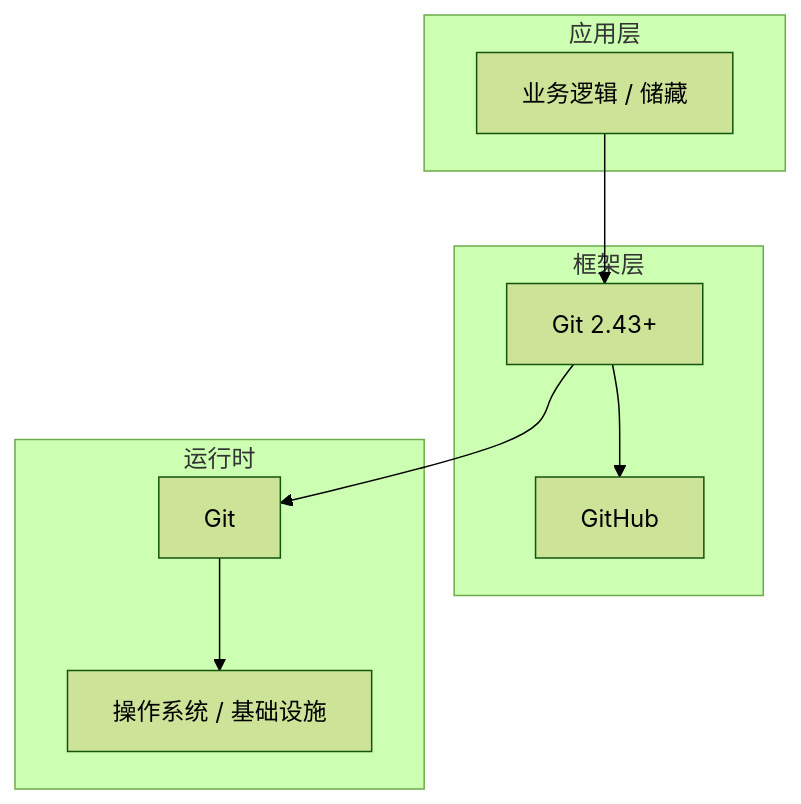
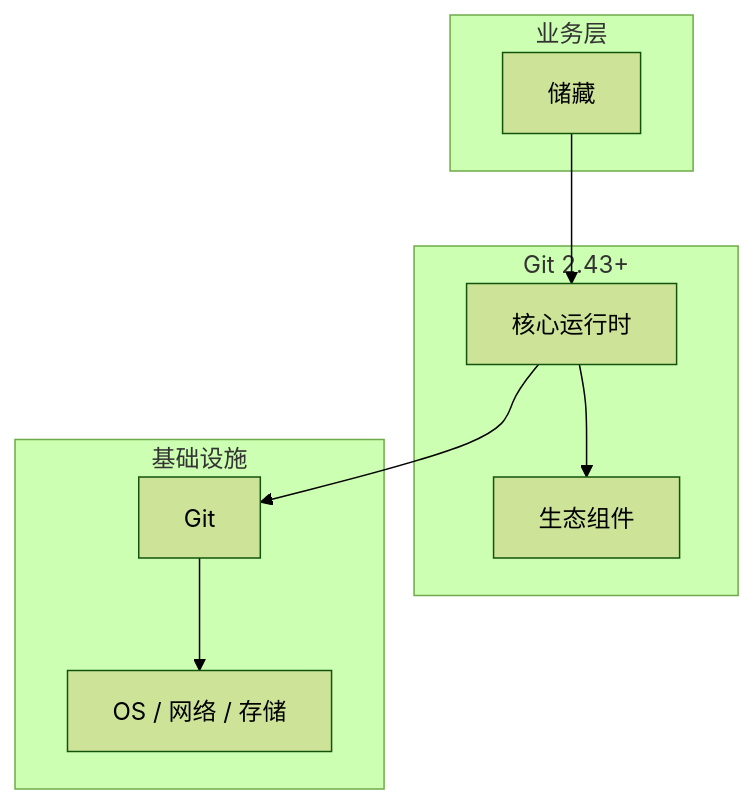
Before and after one commit to yanggan2015/knowledge-json-v2: the diagram in articles/Git版本控制/chapters/051-储藏核心概念与原理.md, drawn with Mermaid (forest theme). The commit also changed other lines of this file and 10127 other files, not shown here.

````diff
--- a/articles/Git版本控制/chapters/051-储藏核心概念与原理.md
+++ b/articles/Git版本控制/chapters/051-储藏核心概念与原理.md
@@ -45,18 +34,18 @@
 ```mermaid
 graph TB
-    subgraph 应用层
-        A[业务逻辑 / 储藏]
+    subgraph 业务层
+        A[储藏]
     end
-    subgraph 框架层
-        B[Git 2.43+]
-        C[GitHub]
+    subgraph Git 2.43+
+        B[核心运行时]
+        C[生态组件]
     end
-    subgraph 运行时
+    subgraph 基础设施
         D[Git]
-        E[操作系统 / 基础设施]
+        E[OS / 网络 / 存储]
     end
     A --> B
     B --> C
     B --> D
     D --> E
 ```
````
